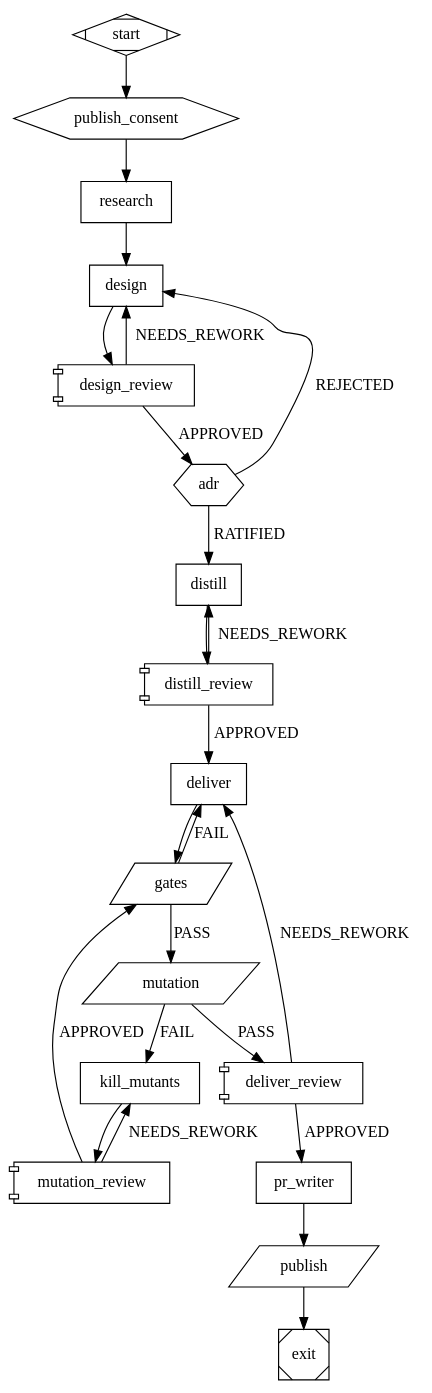
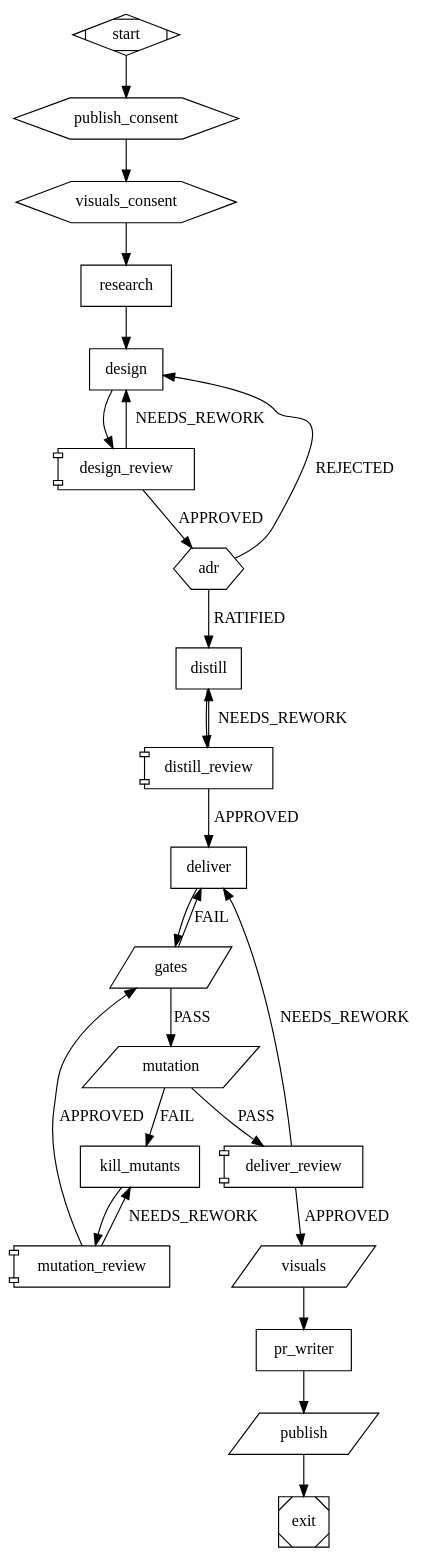
One commit to SebastienDegodez/skraft-plugin changed the diagram in plugins/skraft-framework/workflows/skraft.dot. Above: the diagram before and after it, drawn with Graphviz. The commit also changed 21 other files, not shown here.

First line of the commit message:
feat(engine): the default workflow asks the screenshots consent first and keeps visuals before the pull request

```diff
--- a/plugins/skraft-framework/workflows/skraft.dot
+++ b/plugins/skraft-framework/workflows/skraft.dot
@@ -1,48 +1,51 @@
 // The skraft pipeline. Copy it into a repository with `skraft workflow eject`, then add
 // agents, lenses, gates or questions; `skraft workflow check` validates it, `skraft workflow diff`
 // compares it with this one. A node marked locked=true can only be dropped with unlock="<reason>".
 // A review node (shape=component) runs each lens `<name>` as the agent `<name>-lens`. skraft-config.json's `assign` chooses each agent's model family, `models` what a family runs on per host; in an ejected copy, model= on a node, `<name>@<family>` on a lens and refuter= name a family too, under `assign.agents`.
 // A hexagon asks a human: the run waits until `skraft decide` answers.
 // A parallelogram with publish="pull-request" pushes the branch and opens or updates its pull request, with the consent publish-consent asked.
+// A parallelogram with publish="playwright-visuals" runs each front end's e2e command and commits the screenshots its manifest lists, with the consent reporting-consent asked; when="frontend" skips it without a front end.
 // each="survivor-file" runs an agent once per file holding mutants the mutation gate left alive.
 digraph skraft {
   graph [version="2", goal="Deliver the story"]
 
   start    [shape=Mdiamond]
   publish_consent [shape=hexagon, question="publish-consent", phase="RESEARCH"]
+  visuals_consent [shape=hexagon, question="reporting-consent"]
   research [shape=box, agent="solution-researcher", phase="RESEARCH"]
   design   [shape=box, agent="solution-architect", phase="DESIGN"]
   design_review [shape=component, lenses="consistency,architecture-compliance,fitness"]
   adr      [shape=hexagon, question="adr-ratification"]
   distill  [shape=box, agent="acceptance-designer", phase="DISTILL"]
   distill_review [shape=component, lenses="coverage,business-alignment,testability,boundary-enforcement"]
   deliver  [shape=box, agent="software-engineer", phase="DELIVER"]
   gates    [shape=parallelogram, gate="build,format,lint,test,architecture,coverage", goal_gate=true, locked=true, phase="DELIVER"]
   mutation [shape=parallelogram, gate="mutation", goal_gate=true, locked=true]
   kill_mutants [shape=box, agent="software-engineer", each="survivor-file"]
   mutation_review [shape=component, lenses="test-integrity"]
   deliver_review [shape=component, lenses="test-integrity,architecture-boundaries,cold-reader,mock-fidelity,contract-fidelity"]
+  visuals  [shape=parallelogram, publish="playwright-visuals", when="frontend"]
   pr_writer [shape=box, agent="pr-writer", phase="PUBLISH"]
   publish  [shape=parallelogram, publish="pull-request"]
   exit     [shape=Msquare]
 
-  start -> publish_consent -> research -> design -> design_review
+  start -> publish_consent -> visuals_consent -> research -> design -> design_review
   design_review -> design  [label="NEEDS_REWORK", max_visits=3]
   design_review -> adr     [label="APPROVED"]
   adr -> distill   [label="RATIFIED"]
   adr -> design    [label="REJECTED", max_visits=3]
   distill -> distill_review
   distill_review -> distill [label="NEEDS_REWORK", max_visits=3]
   distill_review -> deliver [label="APPROVED"]
   deliver -> gates
   gates -> deliver [label="FAIL", max_visits=3]
   gates -> mutation [label="PASS"]
   mutation -> kill_mutants [label="FAIL", max_visits=5]
   kill_mutants -> mutation_review
   mutation_review -> kill_mutants [label="NEEDS_REWORK", max_visits=3]
   mutation_review -> gates [label="APPROVED"]
   mutation -> deliver_review [label="PASS"]
   deliver_review -> deliver [label="NEEDS_REWORK", max_visits=3]
-  deliver_review -> pr_writer [label="APPROVED"]
-  pr_writer -> publish -> exit
+  deliver_review -> visuals [label="APPROVED"]
+  visuals -> pr_writer -> publish -> exit
 }
```
